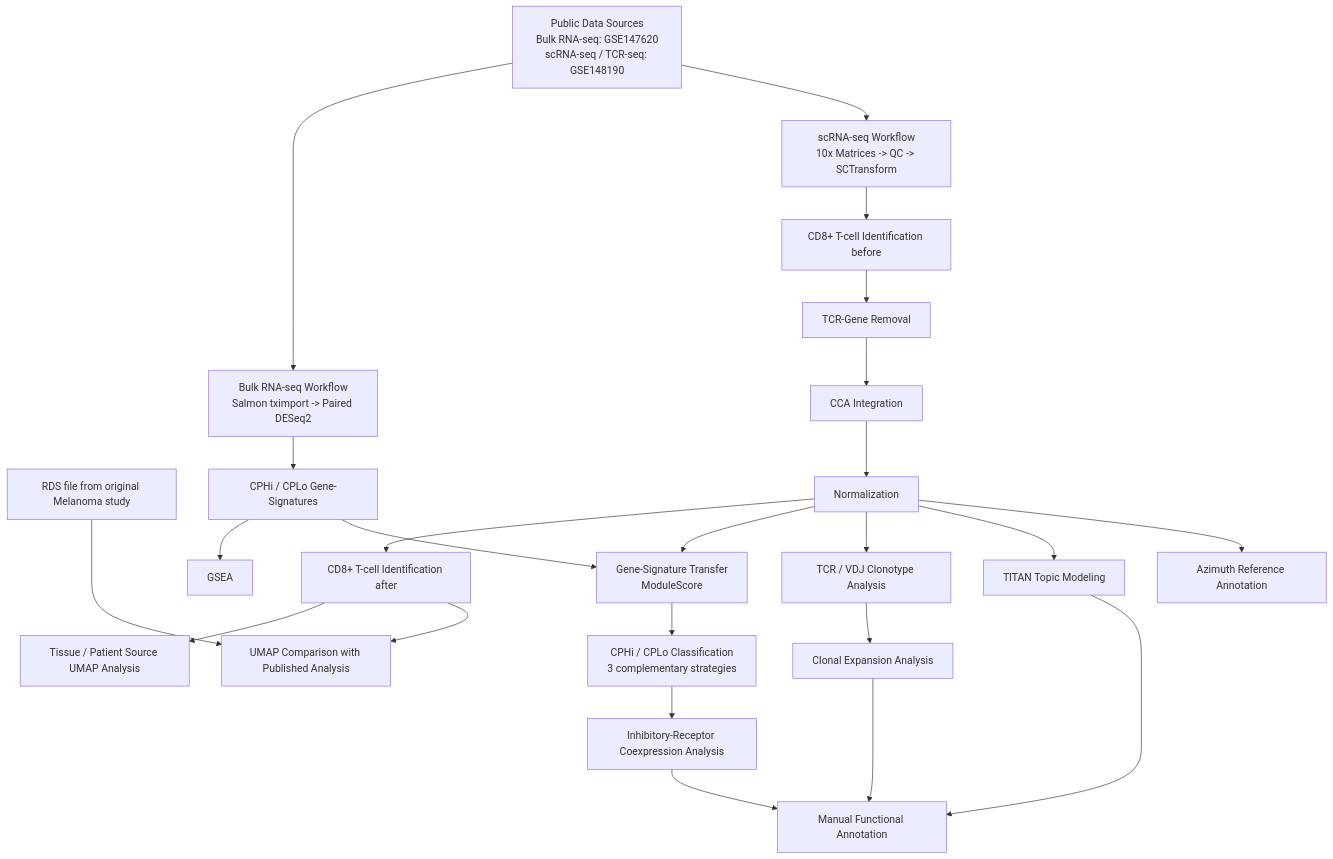
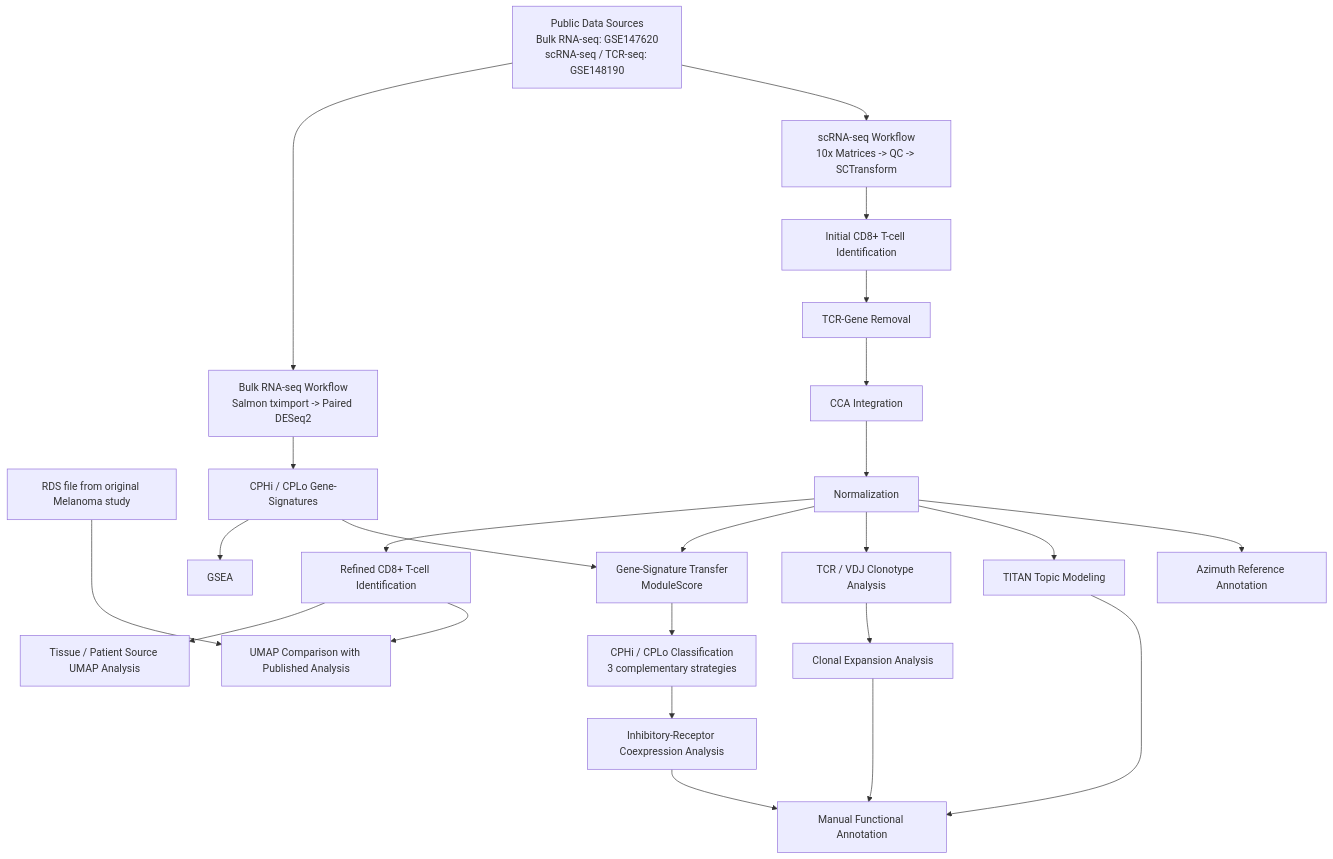
Before and after one commit to georgsommer-ai/Multi-Modal-CD8-T-cell-Heterogeneity-Analysis-in-Melanoma-Immunotherapy: the diagram in README.md, drawn with Mermaid.

````diff
--- a/README.md
+++ b/README.md
@@ -158,39 +158,39 @@
 ```mermaid
 flowchart TD
 
     A[Public Data Sources<br/>Bulk RNA-seq: GSE147620<br/>scRNA-seq / TCR-seq: GSE148190]
     R[RDS file from original Melanoma study]
 
     A --> B1[Bulk RNA-seq Workflow<br/>Salmon tximport -> Paired DESeq2]
     B1 --> B2[CPHi / CPLo Gene-Signatures]
     B2 --> B3[GSEA]
 
     A --> C1[scRNA-seq Workflow<br/>10x Matrices -> QC -> SCTransform]
-    C1 --> C2[CD8+ T-cell Identification before]
+    C1 --> C2[Initial CD8+ T-cell Identification]
     C2 --> C3[TCR-Gene Removal]
     C3 --> C4[CCA Integration]
     C4 --> C5[Normalization]
-    C5 --> C6[CD8+ T-cell Identification after]
+    C5 --> C6[Refined CD8+ T-cell Identification]
     C6 --> C7[Tissue / Patient Source UMAP Analysis]
     C6 --> C8[UMAP Comparison with Published Analysis]
     R ---> C8
 
     B2 --> D1[Gene-Signature Transfer<br/>ModuleScore]
     C5 --> D1
     D1 --> D2[CPHi / CPLo Classification<br/>3 complementary strategies]
     D2 --> D3[Inhibitory-Receptor Coexpression Analysis]
 
     C5 --> E1[TCR / VDJ Clonotype Analysis]
     C5 --> F1[TITAN Topic Modeling]
     C5 --> K1[Azimuth Reference Annotation]
 
     E1 --> E2[Clonal Expansion Analysis]
 
     F1 ~~~ E2
     K1 ~~~ E2
 
     F1 --> G[Manual Functional Annotation]
     E2 --> G
     D3 --> G
 
 ```
````
